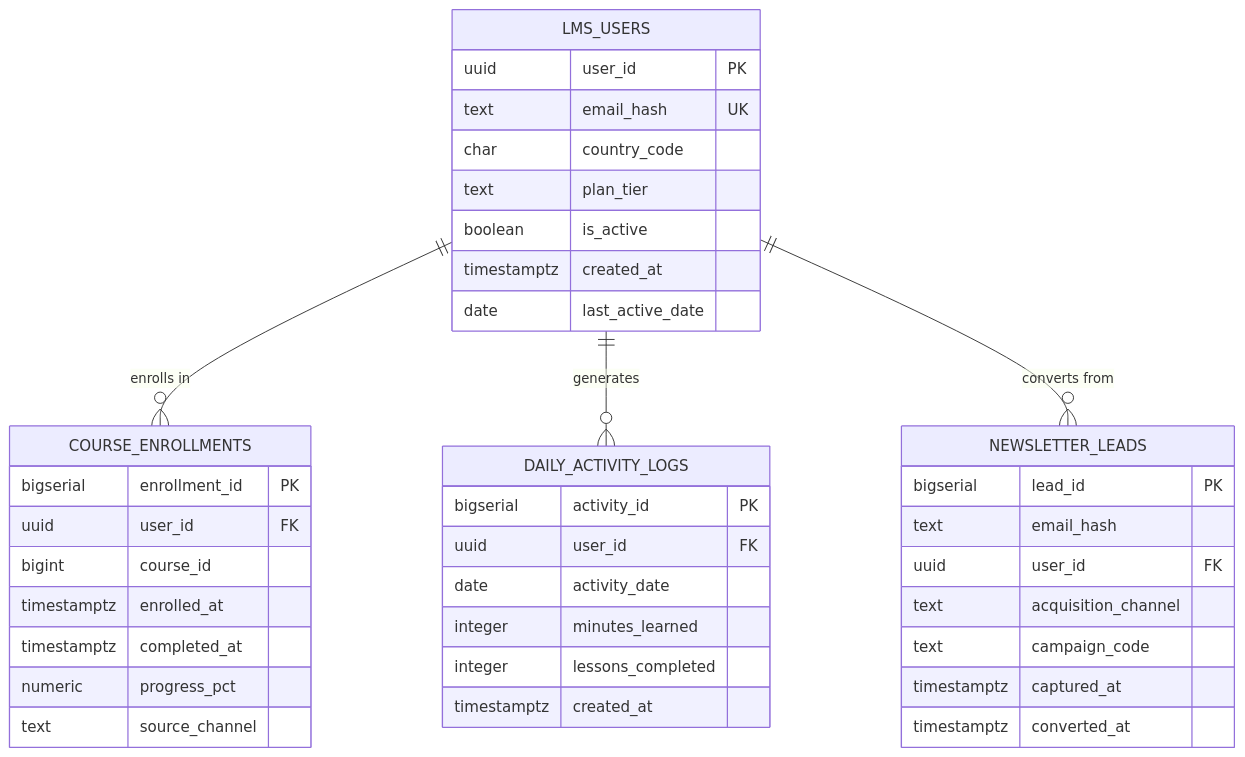
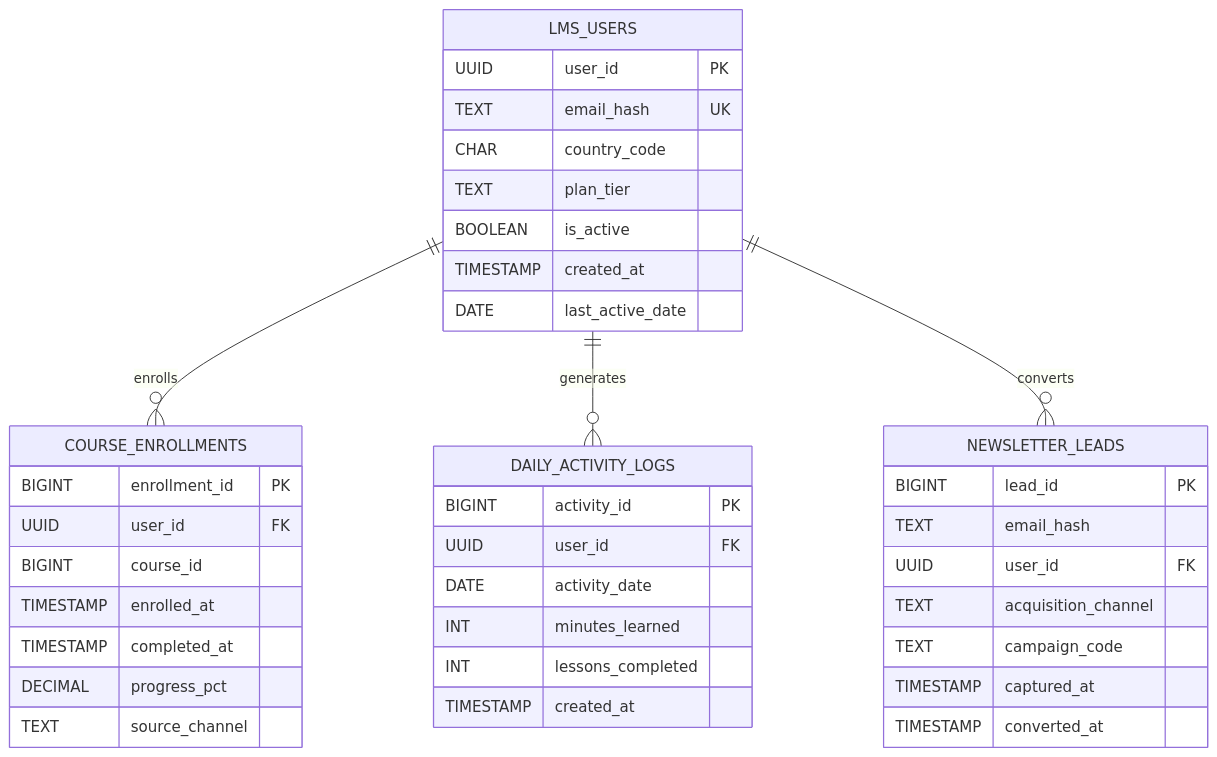
Before and after one commit to sajidbashir24h/lms-postgres-scaling-patterns: the diagram in README.md, drawn with Mermaid. The commit also changed other lines of this file, not shown here.

Commit message:
Fix Mermaid ERD rendering compatibility in README

````diff
--- a/README.md
+++ b/README.md
@@ -78,45 +85,45 @@
 ```mermaid
 erDiagram
-    LMS_USERS ||--o{ COURSE_ENROLLMENTS : "enrolls in"
-    LMS_USERS ||--o{ DAILY_ACTIVITY_LOGS : "generates"
-    LMS_USERS ||--o{ NEWSLETTER_LEADS : "converts from"
+    LMS_USERS ||--o{ COURSE_ENROLLMENTS : enrolls
+    LMS_USERS ||--o{ DAILY_ACTIVITY_LOGS : generates
+    LMS_USERS ||--o{ NEWSLETTER_LEADS : converts
     
     LMS_USERS {
-        uuid user_id PK
-        text email_hash UK
-        char country_code
-        text plan_tier
-        boolean is_active
-        timestamptz created_at
-        date last_active_date
+        UUID user_id PK
+        TEXT email_hash UK
+        CHAR country_code
+        TEXT plan_tier
+        BOOLEAN is_active
+        TIMESTAMP created_at
+        DATE last_active_date
     }
     
     COURSE_ENROLLMENTS {
-        bigserial enrollment_id PK
-        uuid user_id FK
-        bigint course_id
-        timestamptz enrolled_at
-        timestamptz completed_at
-        numeric progress_pct
-        text source_channel
+        BIGINT enrollment_id PK
+        UUID user_id FK
+        BIGINT course_id
+        TIMESTAMP enrolled_at
+        TIMESTAMP completed_at
+        DECIMAL progress_pct
+        TEXT source_channel
     }
     
     DAILY_ACTIVITY_LOGS {
-        bigserial activity_id PK
-        uuid user_id FK
-        date activity_date
-        integer minutes_learned
-        integer lessons_completed
-        timestamptz created_at
+        BIGINT activity_id PK
+        UUID user_id FK
+        DATE activity_date
+        INT minutes_learned
+        INT lessons_completed
+        TIMESTAMP created_at
     }
     
     NEWSLETTER_LEADS {
-        bigserial lead_id PK
-        text email_hash
-        uuid user_id FK
-        text acquisition_channel
-        text campaign_code
-        timestamptz captured_at
-        timestamptz converted_at
+        BIGINT lead_id PK
+        TEXT email_hash
+        UUID user_id FK
+        TEXT acquisition_channel
+        TEXT campaign_code
+        TIMESTAMP captured_at
+        TIMESTAMP converted_at
     }
 ```
````
